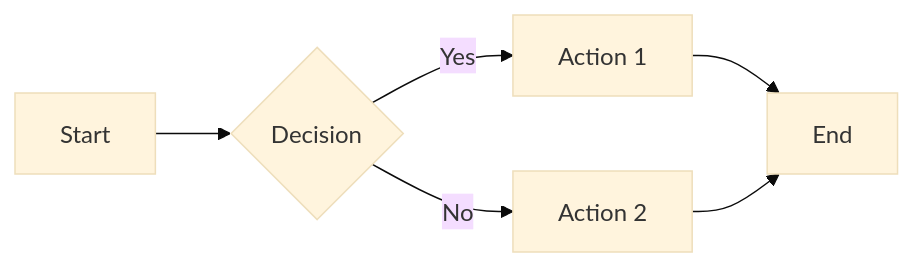
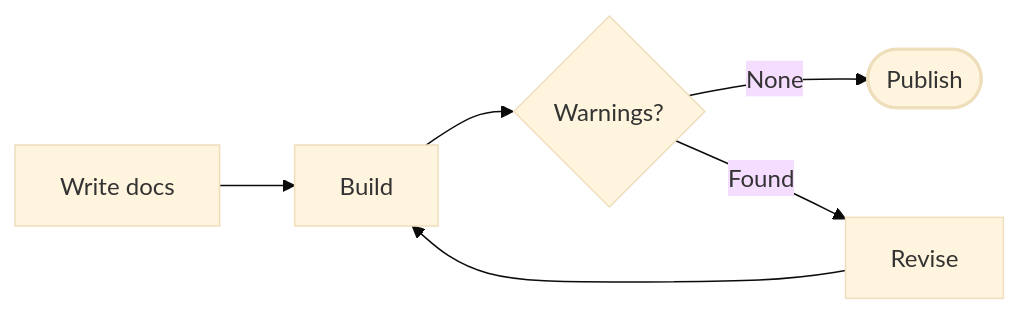
The first of 12 diagrams in docs/reference/diagrams.md (r4sky0/sphinx-lumina-theme), drawn with Mermaid (base theme) before and after one commit. The commit also changed other lines of this file and 9 other files, not shown here.

Commit message:
feat(mermaid): refine diagram design and natural sizing (#150)

````diff
--- a/docs/reference/diagrams.md
+++ b/docs/reference/diagrams.md
@@ -48,8 +48,12 @@
 ```{mermaid}
 flowchart LR
-    A[Start] --> B{Decision}
-    B -->|Yes| C[Action 1]
-    B -->|No| D[Action 2]
-    C --> E[End]
-    D --> E
+    accTitle: Publish documentation
+    accDescr: Build the documentation, fix any warnings, then publish a clean build.
+    source[Write docs] --> build[Build]
+    build --> checks{Warnings?}
+    checks -->|None| publish([Publish])
+    checks -->|Found| revise[Revise]
+    revise --> build
+    classDef ready stroke-width:2px
+    class publish ready
 ```
````
